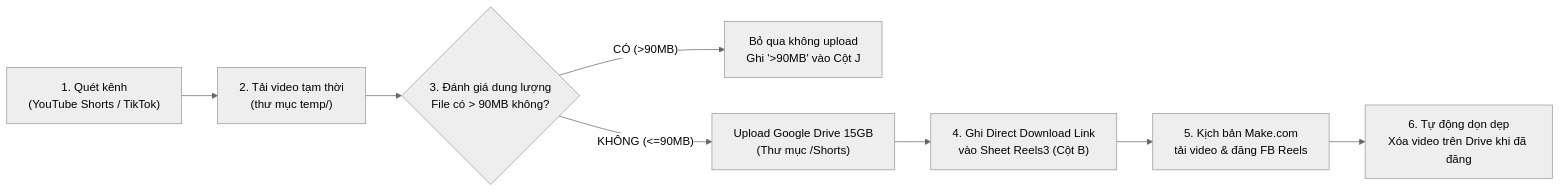
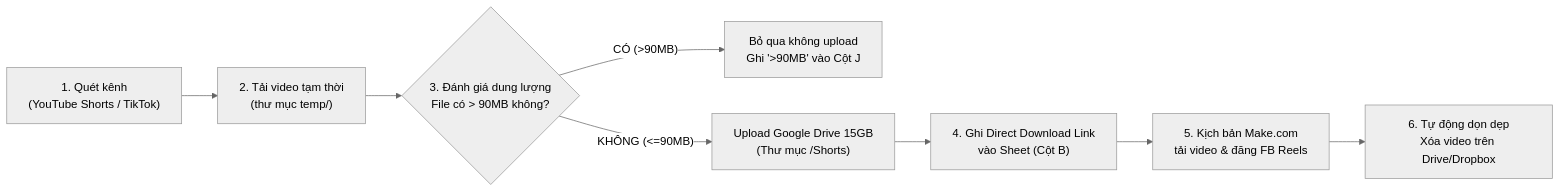
Before and after one commit to gx288/Tiktoktodropbox: the diagram in HUONG_DAN_DU_AN.md, drawn with Mermaid (neutral theme). The commit also changed other lines of this file, not shown here.

````diff
--- a/HUONG_DAN_DU_AN.md
+++ b/HUONG_DAN_DU_AN.md
@@ -12,10 +12,10 @@
 ```mermaid
 flowchart LR
     A["1. Quét kênh<br>(YouTube Shorts / TikTok)"] --> B["2. Tải video tạm thời<br>(thư mục temp/)"]
     B --> C{"3. Đánh giá dung lượng<br>File có > 90MB không?"}
     C -- "CÓ (>90MB)" --> D1["Bỏ qua không upload<br>Ghi '>90MB' vào Cột J"]
     C -- "KHÔNG (<=90MB)" --> D2["Upload Google Drive 15GB<br>(Thư mục /Shorts)"]
-    D2 --> E["4. Ghi Direct Download Link<br>vào Sheet Reels3 (Cột B)"]
+    D2 --> E["4. Ghi Direct Download Link<br>vào Sheet (Cột B)"]
     E --> F["5. Kịch bản Make.com<br>tải video & đăng FB Reels"]
-    F --> G["6. Tự động dọn dẹp<br>Xóa video trên Drive khi đã đăng"]
+    F --> G["6. Tự động dọn dẹp<br>Xóa video trên Drive/Dropbox"]
 ```
````
